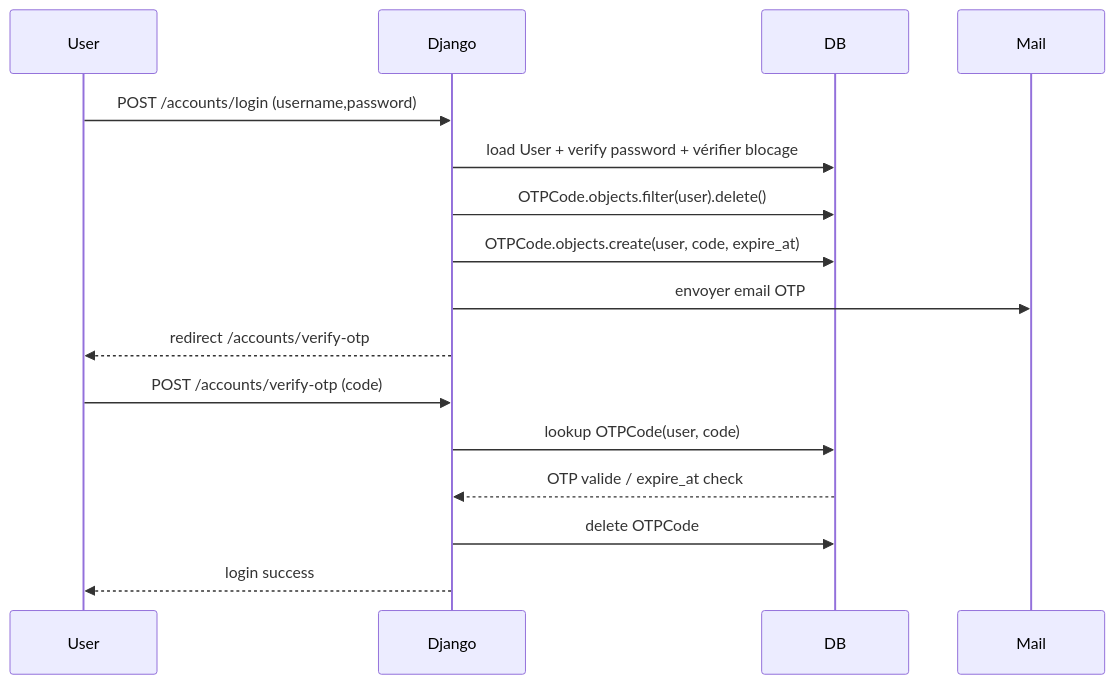
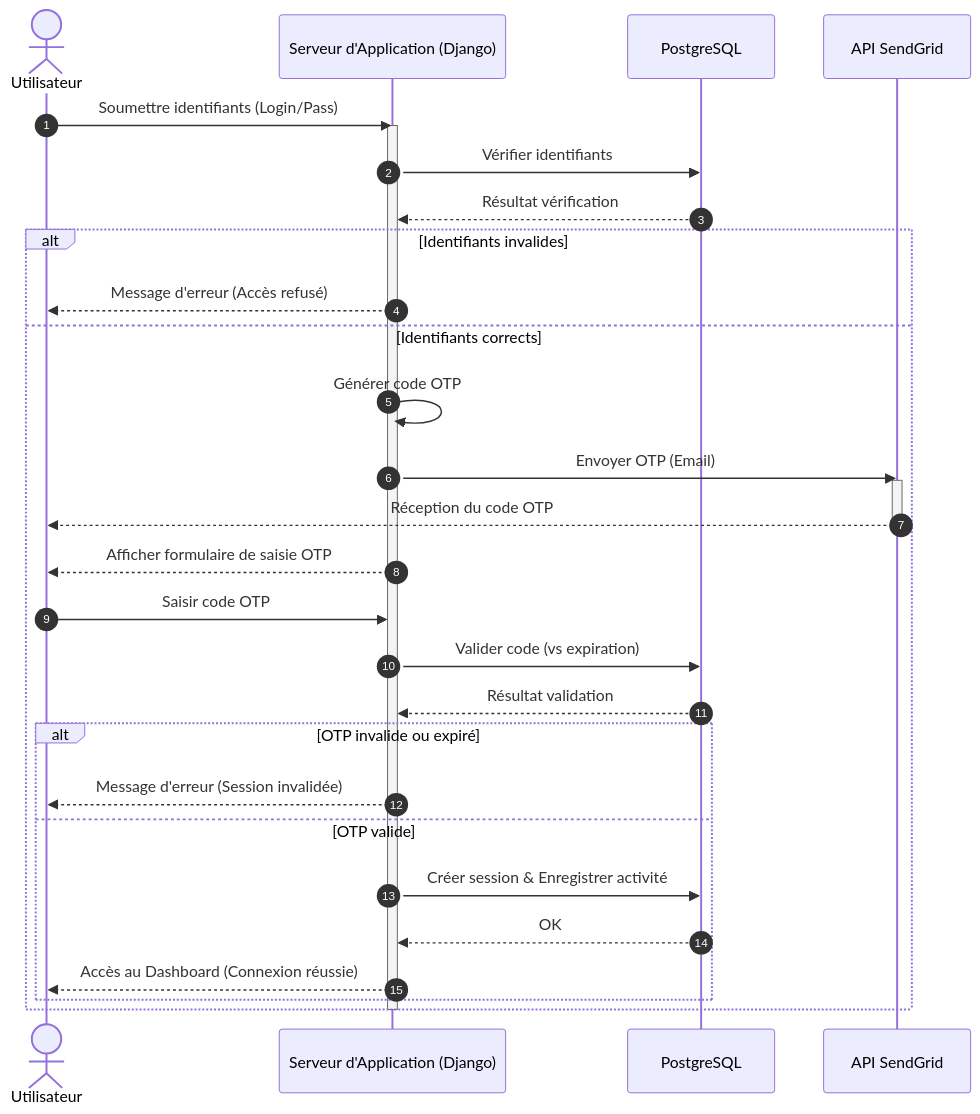
One commit to emmanuellabiboum/pfe changed the fifth of 8 diagrams in digramme.md. Above: the diagram before and after it, drawn with Mermaid. The commit also changed other lines of this file and 28 other files, not shown here.

````diff
--- a/digramme.md
+++ b/digramme.md
@@ -435,19 +291,37 @@
 ```mermaid
 sequenceDiagram
-    participant User
-    participant Django
-    participant DB
-    participant Mail
+    autonumber
+    actor User as Utilisateur
+    participant App as Serveur d'Application (Django)
+    participant DB as PostgreSQL
+    participant Email as API SendGrid
 
-    User->>Django: POST /accounts/login (username,password)
-    Django->>DB: load User + verify password + vérifier blocage
-    Django->>DB: OTPCode.objects.filter(user).delete()
-    Django->>DB: OTPCode.objects.create(user, code, expire_at)
-    Django->>Mail: envoyer email OTP
-    Django-->>User: redirect /accounts/verify-otp
-    User->>Django: POST /accounts/verify-otp (code)
-    Django->>DB: lookup OTPCode(user, code)
-    DB-->>Django: OTP valide / expire_at check
-    Django->>DB: delete OTPCode
-    Django-->>User: login success
+    User->>App: Soumettre identifiants (Login/Pass)
+    activate App
+    App->>DB: Vérifier identifiants
+    DB-->>App: Résultat vérification
+
+    alt Identifiants invalides
+        App-->>User: Message d'erreur (Accès refusé)
+    else Identifiants corrects
+        App->>App: Générer code OTP
+        App->>Email: Envoyer OTP (Email)
+        activate Email
+        Email-->>User: Réception du code OTP
+        deactivate Email
+        App-->>User: Afficher formulaire de saisie OTP
+        
+        User->>App: Saisir code OTP
+        App->>DB: Valider code (vs expiration)
+        DB-->>App: Résultat validation
+
+        alt OTP invalide ou expiré
+            App-->>User: Message d'erreur (Session invalidée)
+        else OTP valide
+            App->>DB: Créer session & Enregistrer activité
+            DB-->>App: OK
+            App-->>User: Accès au Dashboard (Connexion réussie)
+        end
+    end
+    deactivate App
 ```
````
